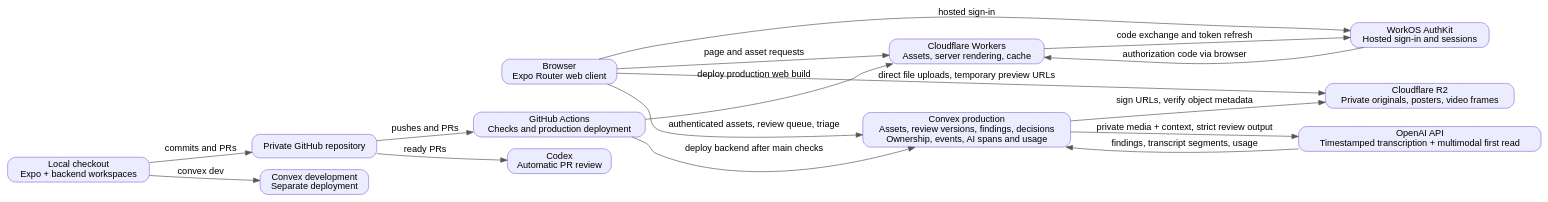
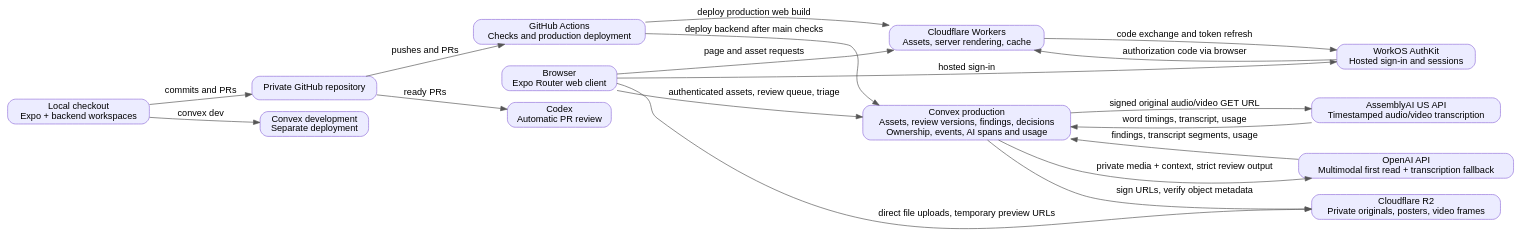
Before and after one commit to pbanuru/clearpath_compliance_marketing: the diagram in docs/architecture.dot, drawn with Graphviz. The commit also changed 14 other files, not shown here.

Commit message:
Transcribe with AssemblyAI and retain traced OpenAI fallback

```diff
--- a/docs/architecture.dot
+++ b/docs/architecture.dot
@@ -1,31 +1,34 @@
 digraph clearpath {
   rankdir=LR; compound=true; bgcolor="white"; fontname="Helvetica";
   node [shape=box, style="rounded,filled", fillcolor="#ECECFF", color="#9370DB", fontname="Helvetica"];
   edge [fontname="Helvetica", color="#555555"];
   browser [label="Browser\nExpo Router web client"];
   cloudflare [label="Cloudflare Workers\nAssets, server rendering, cache"];
   convex [label="Convex production\nAssets, review versions, findings, decisions\nOwnership, events, AI spans and usage"];
   r2 [label="Cloudflare R2\nPrivate originals, posters, video frames"];
-  openai [label="OpenAI API\nTimestamped transcription + multimodal first read"];
+  openai [label="OpenAI API\nMultimodal first read + transcription fallback"];
+  assemblyai [label="AssemblyAI US API\nTimestamped audio/video transcription"];
   dev [label="Convex development\nSeparate deployment"];
   local [label="Local checkout\nExpo + backend workspaces"];
   github [label="Private GitHub repository"];
   ci [label="GitHub Actions\nChecks and production deployment"];
   codex [label="Codex\nAutomatic PR review"];
   workos [label="WorkOS AuthKit\nHosted sign-in and sessions"];
   browser -> cloudflare [label="page and asset requests"];
   browser -> convex [label="authenticated assets, review queue, triage"];
   browser -> r2 [label="direct file uploads, temporary preview URLs"];
   convex -> r2 [label="sign URLs, verify object metadata"];
   convex -> openai [label="private media + context, strict review output"];
+  convex -> assemblyai [label="signed original audio/video GET URL"];
+  assemblyai -> convex [label="word timings, transcript, usage"];
   openai -> convex [label="findings, transcript segments, usage"];
   browser -> workos [label="hosted sign-in"];
   workos -> cloudflare [label="authorization code via browser"];
   cloudflare -> workos [label="code exchange and token refresh"];
   local -> dev [label="convex dev"];
   ci -> convex [label="deploy backend after main checks"];
   ci -> cloudflare [label="deploy production web build"];
   local -> github [label="commits and PRs"];
   github -> ci [label="pushes and PRs"];
   github -> codex [label="ready PRs"];
 }
```
